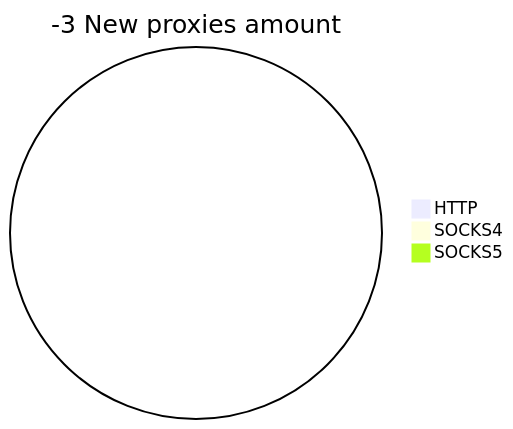
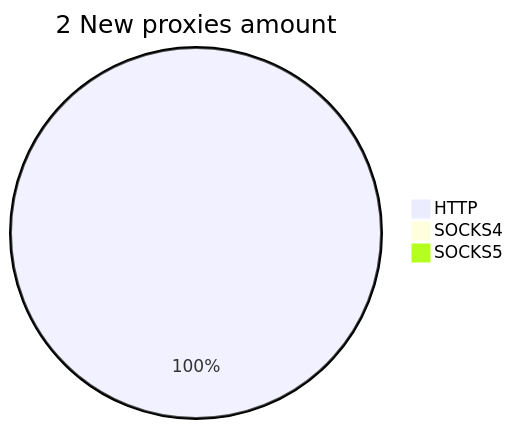
The second of 2 diagrams in README.md (cutipu/proxylist), drawn with Mermaid before and after one commit. The commit also changed other lines of this file, not shown here.

````diff
--- a/README.md
+++ b/README.md
@@ -17,6 +17,6 @@
 ```mermaid
-pie title -3 New proxies amount
-    "HTTP" : 0
+pie title 2 New proxies amount
+    "HTTP" : 2
     "SOCKS4" : 0
     "SOCKS5" : 0
 ```
````
